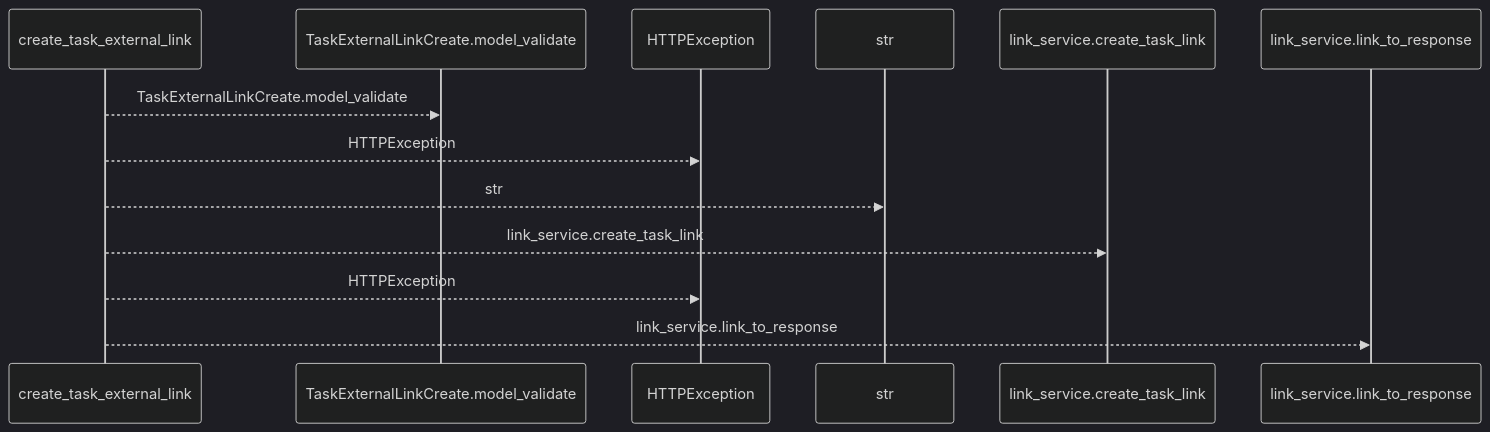
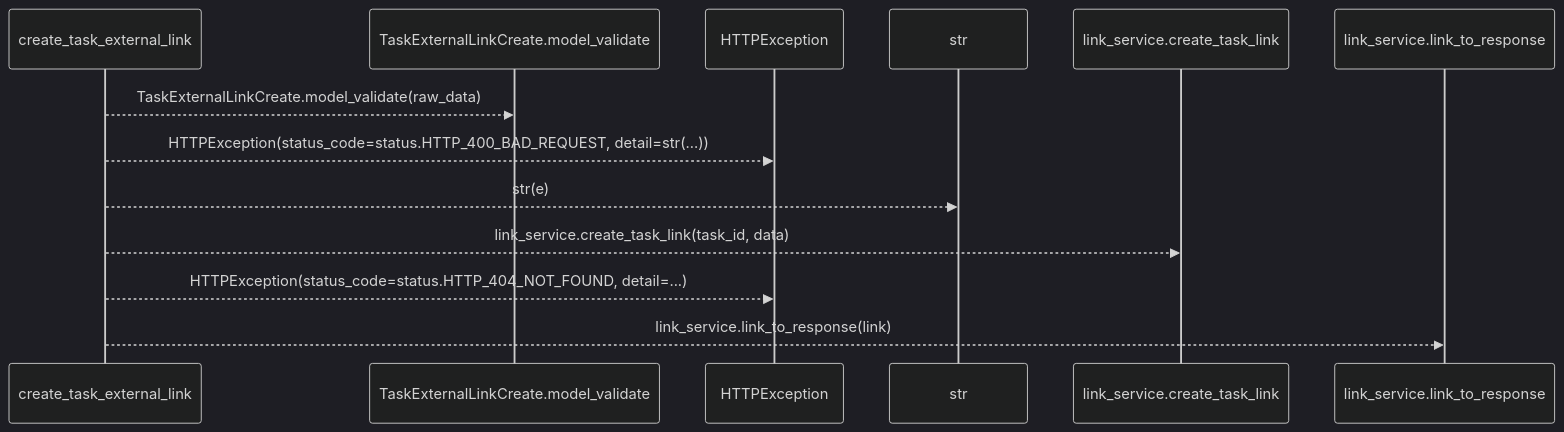
The first of 2 diagrams in docs/llm_wiki/flows/http-create_task_external_link.md (Denissvgn/WorkChord), drawn with Mermaid (dark theme) before and after one commit. The commit also changed other lines of this file and 25171 other files, not shown here.

````diff
--- a/docs/llm_wiki/flows/http-create_task_external_link.md
+++ b/docs/llm_wiki/flows/http-create_task_external_link.md
@@ -10,15 +12,15 @@
 ```mermaid
 sequenceDiagram
     participant p0 as create_task_external_link
     participant p1 as TaskExternalLinkCreate.model_validate
     participant p2 as HTTPException
     participant p3 as str
     participant p4 as link_service.create_task_link
     participant p5 as link_service.link_to_response
-    p0-->>p1: TaskExternalLinkCreate.model_validate
-    p0-->>p2: HTTPException
-    p0-->>p3: str
-    p0-->>p4: link_service.create_task_link
-    p0-->>p2: HTTPException
-    p0-->>p5: link_service.link_to_response
+    p0-->>p1: TaskExternalLinkCreate.model_validate(raw_data)
+    p0-->>p2: HTTPException(status_code=status.HTTP_400_BAD_REQUEST, detail=str(...))
+    p0-->>p3: str(e)
+    p0-->>p4: link_service.create_task_link(task_id, data)
+    p0-->>p2: HTTPException(status_code=status.HTTP_404_NOT_FOUND, detail=...)
+    p0-->>p5: link_service.link_to_response(link)
 ```
````
